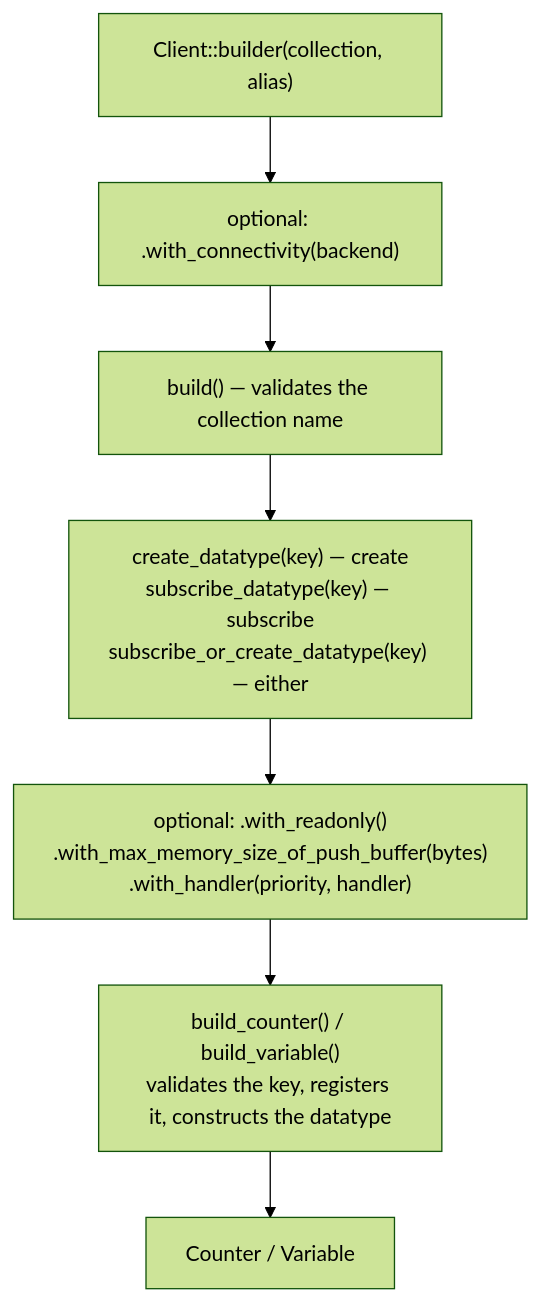
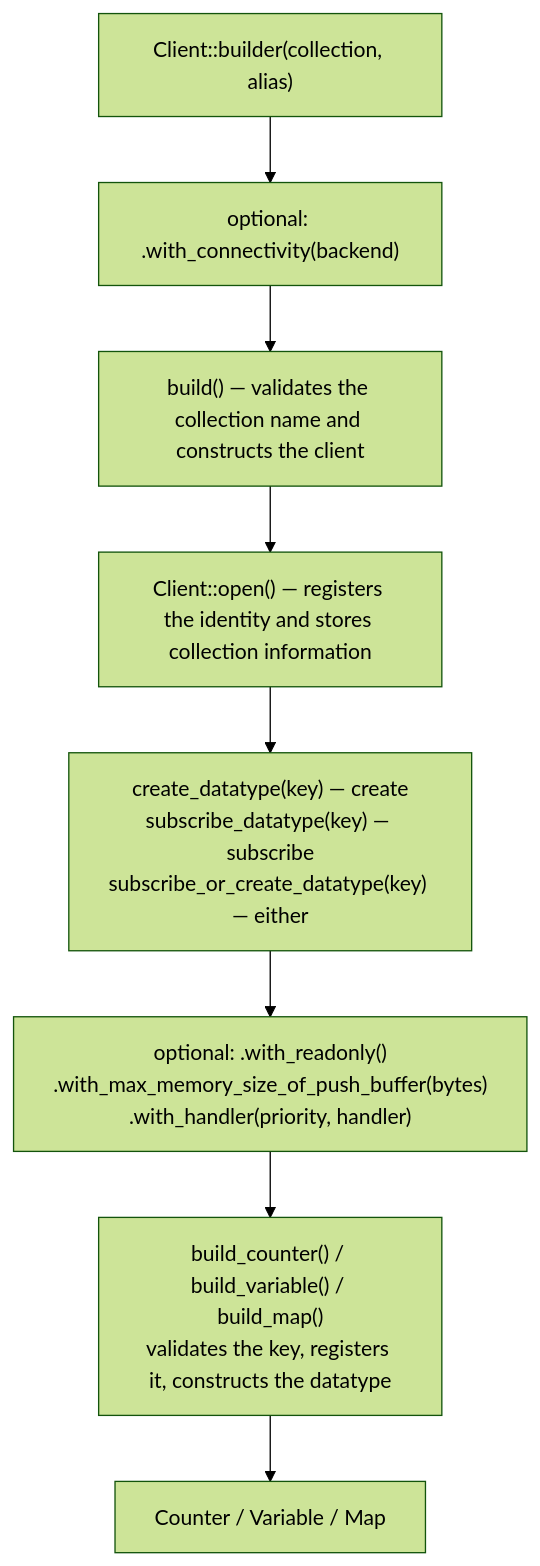
One commit to qortoo/qortoo-rs changed the diagram in docs/client-and-datatype-builder.md. Above: the diagram before and after it, drawn with Mermaid (forest theme). The commit also changed other lines of this file and 82 other files, not shown here.

````diff
--- a/docs/client-and-datatype-builder.md
+++ b/docs/client-and-datatype-builder.md
@@ -23,12 +23,13 @@
 ```mermaid
 flowchart TD
     CB["Client::builder(collection, alias)"]
     WC["optional: .with_connectivity(backend)"]
-    B["build() — validates the collection name"]
+    B["build() — validates the collection name and constructs the client"]
+    O["Client::open() — registers the identity and stores collection information"]
     INTENT["create_datatype(key) — create<br/>subscribe_datatype(key) — subscribe<br/>subscribe_or_create_datatype(key) — either"]
     OPT["optional: .with_readonly()<br/>.with_max_memory_size_of_push_buffer(bytes)<br/>.with_handler(priority, handler)"]
-    TERM["build_counter() / build_variable()<br/>validates the key, registers it, constructs the datatype"]
-    DT["Counter / Variable"]
+    TERM["build_counter() / build_variable() / build_map()<br/>validates the key, registers it, constructs the datatype"]
+    DT["Counter / Variable / Map"]
 
-    CB --> WC --> B --> INTENT --> OPT --> TERM --> DT
+    CB --> WC --> B --> O --> INTENT --> OPT --> TERM --> DT
 ```
````
